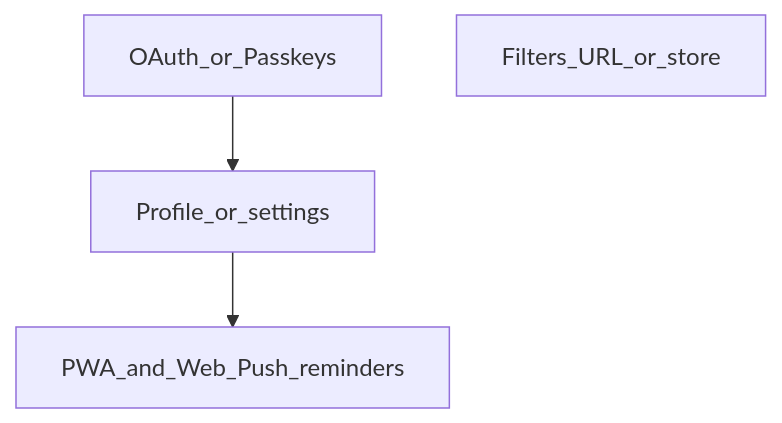
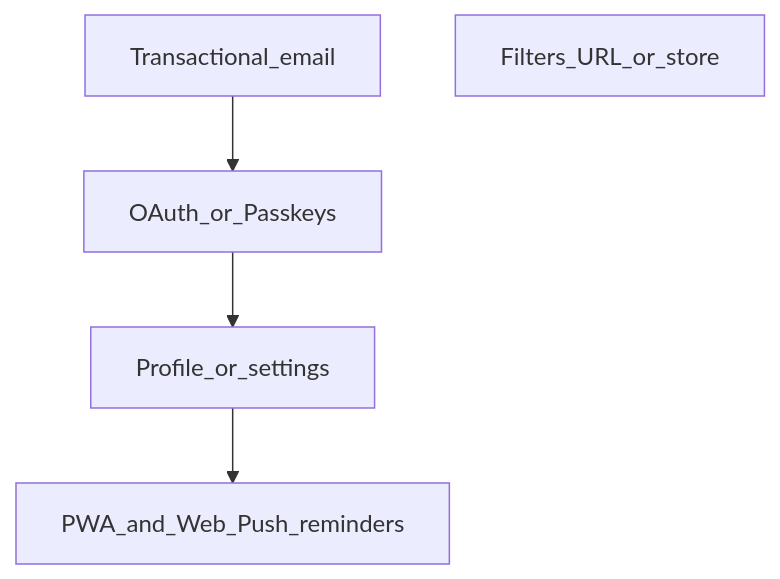
Before and after one commit to TemaGolovin/finance-track-front: the diagram in docs/ROADMAP.md, drawn with Mermaid. The commit also changed other lines of this file, not shown here.

Commit message:
docs: expand ROADMAP with new tasks

````diff
--- a/docs/ROADMAP.md
+++ b/docs/ROADMAP.md
@@ -118,10 +182,12 @@
 ```mermaid
 flowchart TD
+  emailTx[Transactional_email]
   auth[OAuth_or_Passkeys]
   profile[Profile_or_settings]
   pwa[PWA_and_Web_Push_reminders]
   filters[Filters_URL_or_store]
 
+  emailTx --> auth
   auth --> profile
   profile --> pwa
 ```
````
